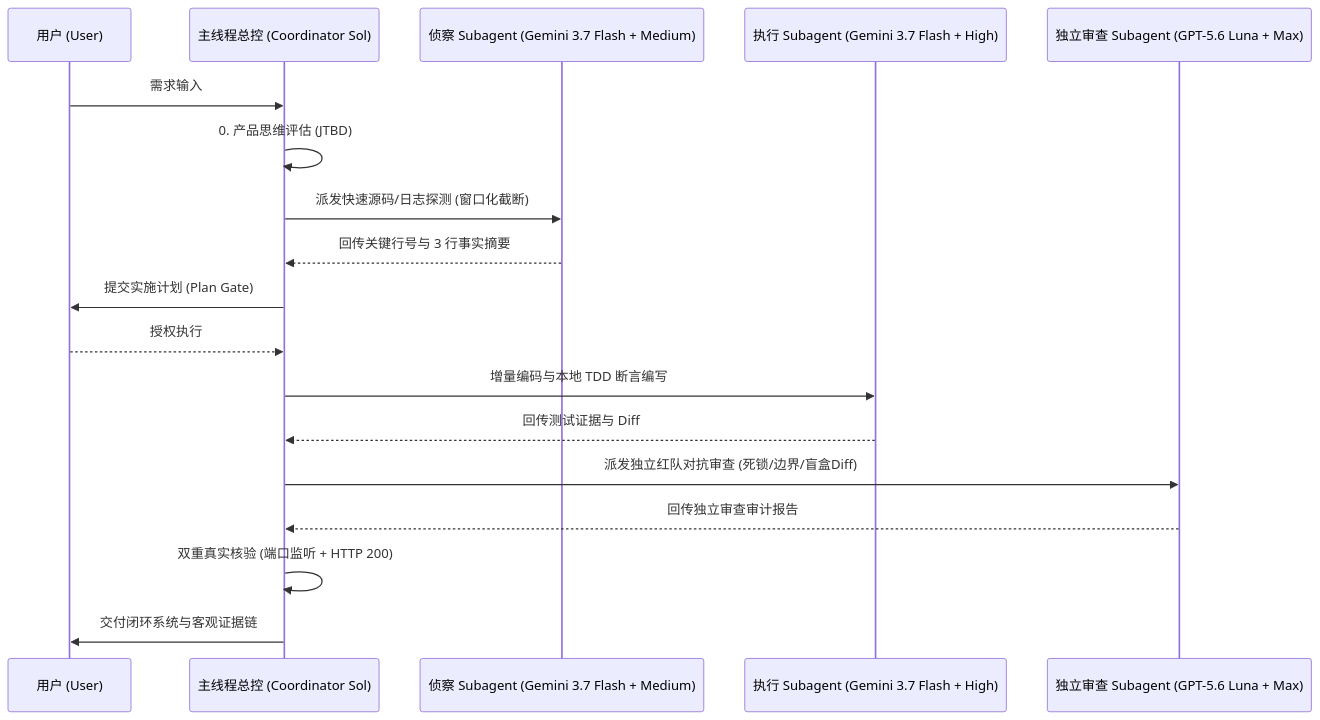
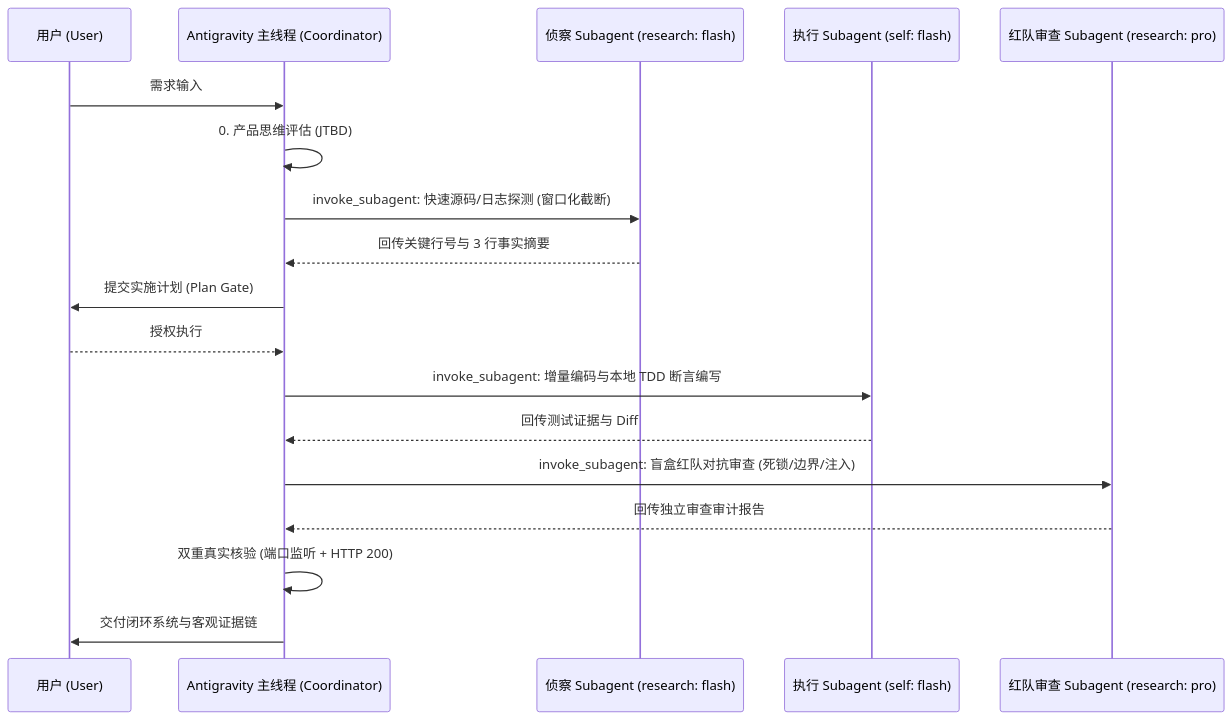
Before and after one commit to Alphaxiaoteng/antigravity-agent-protocol: the diagram in docs/SUBAGENT_WORKFLOW.md, drawn with Mermaid. The commit also changed other lines of this file and 1 other file, not shown here.

Commit message:
refactor: purify Antigravity 2.0 subagent nomenclature and purge external OpenCode artifacts

````diff
--- a/docs/SUBAGENT_WORKFLOW.md
+++ b/docs/SUBAGENT_WORKFLOW.md
@@ -9,21 +9,21 @@
 ```mermaid
 sequenceDiagram
     participant User as 用户 (User)
-    participant Sol as 主线程总控 (Coordinator Sol)
-    participant Scout as 侦察 Subagent (Gemini 3.7 Flash + Medium)
-    participant Builder as 执行 Subagent (Gemini 3.7 Flash + High)
-    participant Luna as 独立审查 Subagent (GPT-5.6 Luna + Max)
+    participant Main as Antigravity 主线程 (Coordinator)
+    participant Scout as 侦察 Subagent (research: flash)
+    participant Builder as 执行 Subagent (self: flash)
+    participant Adversary as 红队审查 Subagent (research: pro)
 
-    User->>Sol: 需求输入
-    Sol->>Sol: 0. 产品思维评估 (JTBD)
-    Sol->>Scout: 派发快速源码/日志探测 (窗口化截断)
-    Scout-->>Sol: 回传关键行号与 3 行事实摘要
-    Sol->>User: 提交实施计划 (Plan Gate)
-    User-->>Sol: 授权执行
-    Sol->>Builder: 增量编码与本地 TDD 断言编写
-    Builder-->>Sol: 回传测试证据与 Diff
-    Sol->>Luna: 派发独立红队对抗审查 (死锁/边界/盲盒Diff)
-    Luna-->>Sol: 回传独立审查审计报告
-    Sol->>Sol: 双重真实核验 (端口监听 + HTTP 200)
-    Sol->>User: 交付闭环系统与客观证据链
+    User->>Main: 需求输入
+    Main->>Main: 0. 产品思维评估 (JTBD)
+    Main->>Scout: invoke_subagent: 快速源码/日志探测 (窗口化截断)
+    Scout-->>Main: 回传关键行号与 3 行事实摘要
+    Main->>User: 提交实施计划 (Plan Gate)
+    User-->>Main: 授权执行
+    Main->>Builder: invoke_subagent: 增量编码与本地 TDD 断言编写
+    Builder-->>Main: 回传测试证据与 Diff
+    Main->>Adversary: invoke_subagent: 盲盒红队对抗审查 (死锁/边界/注入)
+    Adversary-->>Main: 回传独立审查审计报告
+    Main->>Main: 双重真实核验 (端口监听 + HTTP 200)
+    Main->>User: 交付闭环系统与客观证据链
 ```
````
